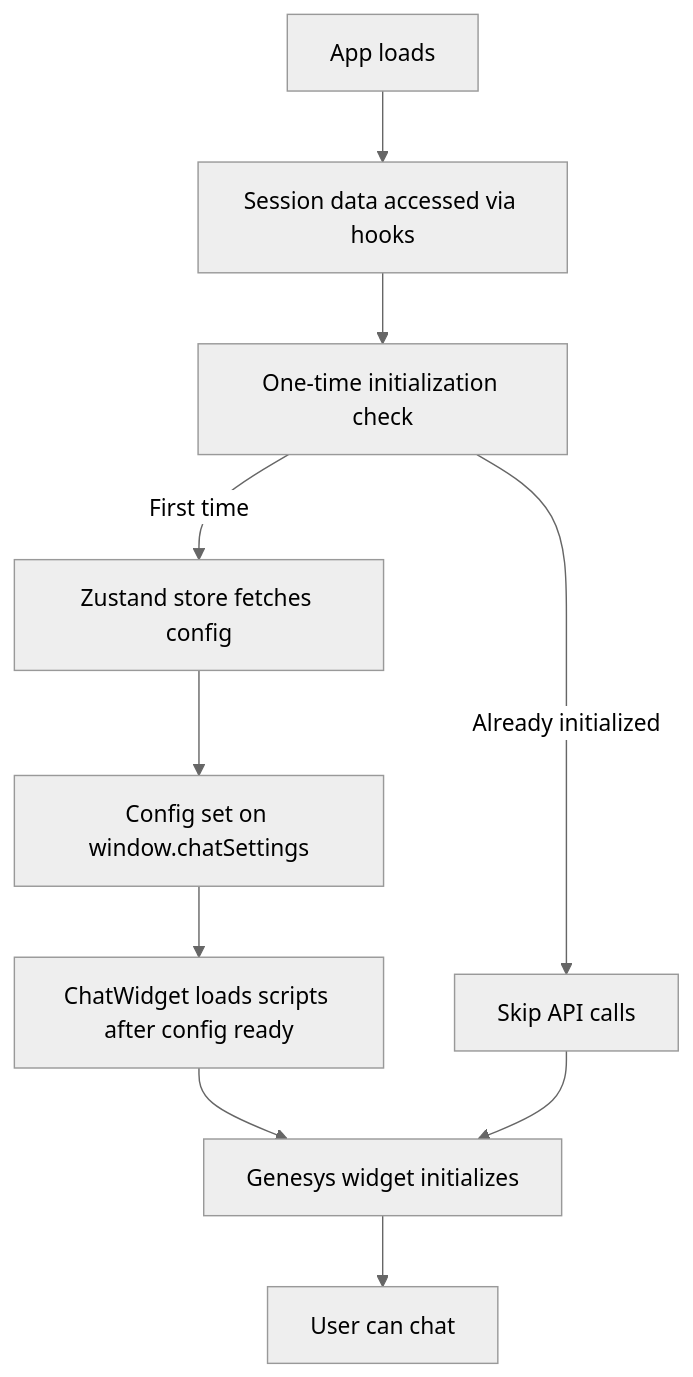
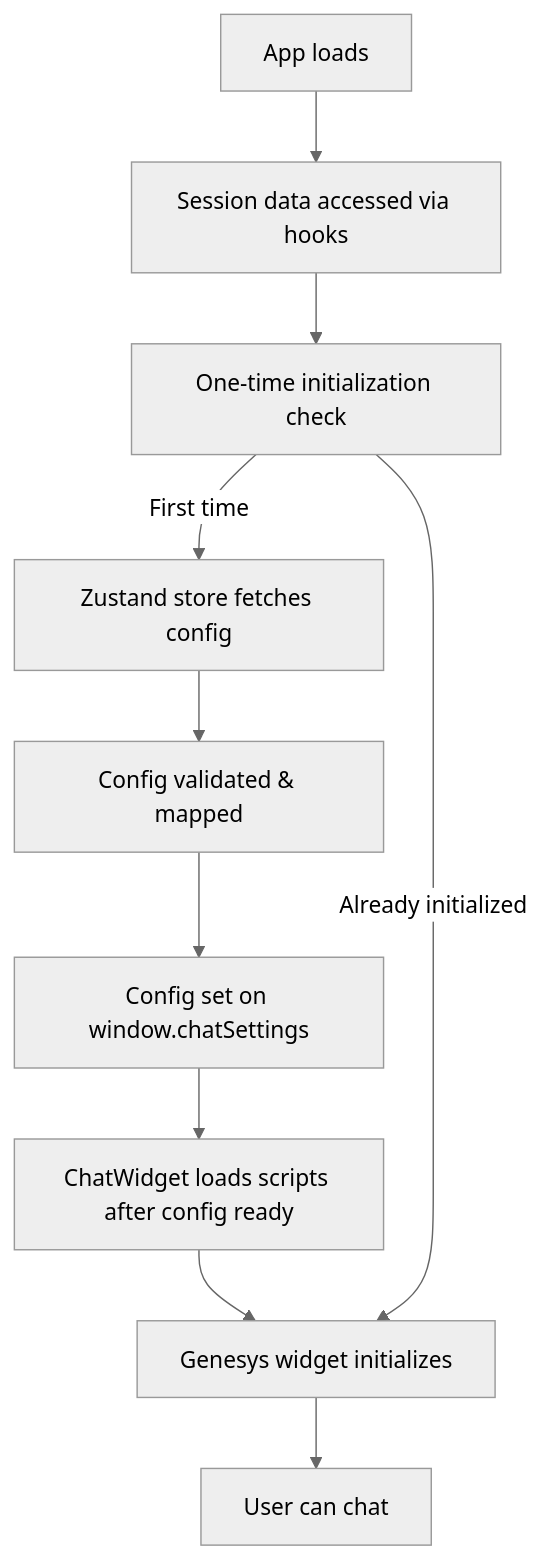
One commit to qmarcelle/shared-portal changed the diagram in src/app/chat/README.md. Above: the diagram before and after it, drawn with Mermaid (neutral theme). The commit also changed other lines of this file and 2 other files, not shown here.

First line of the commit message:
docs(chat): update README and chatStore for 2024 integration enhancements

````diff
--- a/src/app/chat/README.md
+++ b/src/app/chat/README.md
@@ -128,12 +144,12 @@
 ```mermaid
 flowchart TD
     A[App loads] --> B[Session data accessed via hooks]
     B --> C[One-time initialization check]
     C -->|First time| D[Zustand store fetches config]
-    C -->|Already initialized| G[Skip API calls]
-    D --> E[Config set on window.chatSettings]
-    E --> F[ChatWidget loads scripts after config ready]
-    F --> H[Genesys widget initializes]
-    G --> H
+    D --> E[Config validated & mapped]
+    E --> F[Config set on window.chatSettings]
+    F --> G[ChatWidget loads scripts after config ready]
+    G --> H[Genesys widget initializes]
+    C -->|Already initialized| H
     H --> I[User can chat]
 ```
````
